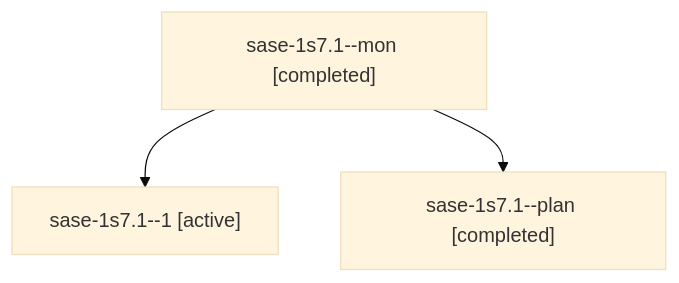
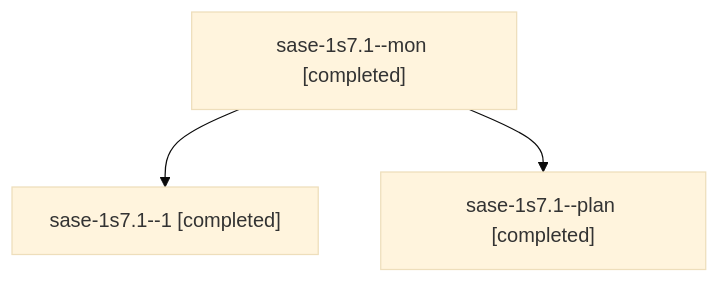
Before and after one commit to sase-org/sase--agents: the diagram in sessions/bbugyi200.athena.sase-1s7.1.md, drawn with Mermaid (base theme). The commit also changed other lines of this file and 31 other files, not shown here.

````diff
--- a/sessions/bbugyi200.athena.sase-1s7.1.md
+++ b/sessions/bbugyi200.athena.sase-1s7.1.md
@@ -9,8 +9,8 @@
 ```mermaid
 flowchart TD
   n0["sase-1s7.1--mon [completed]"]
-  n1["sase-1s7.1--1 [active]"]
+  n1["sase-1s7.1--1 [completed]"]
   n0 --> n1
   n2["sase-1s7.1--plan [completed]"]
   n0 --> n2
 ```
````
